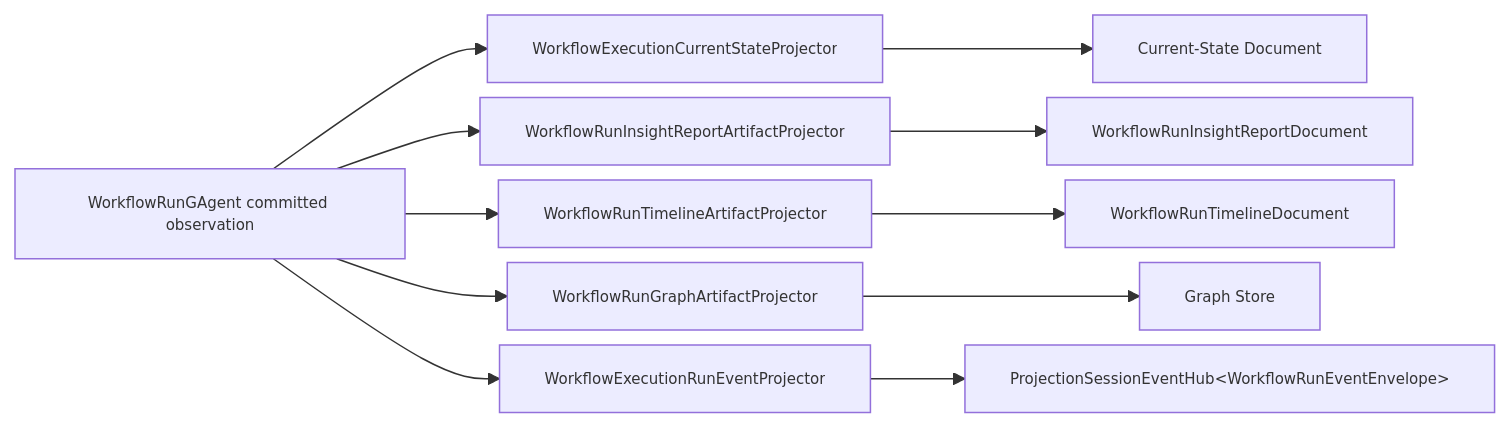
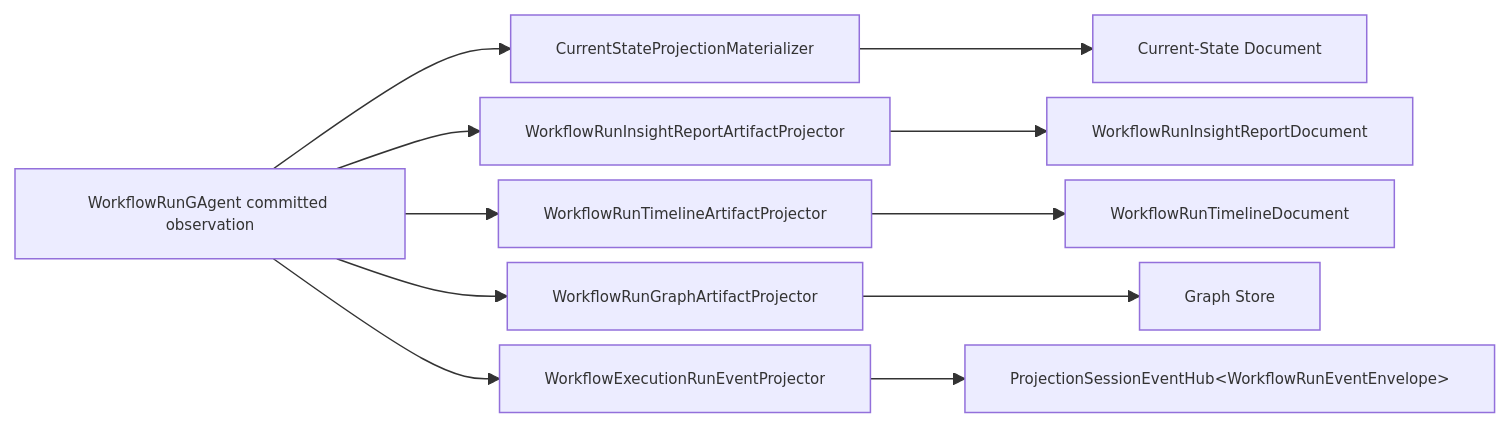
Before and after one commit to aevatarAI/aevatar: the diagram in src/workflow/Aevatar.Workflow.Projection/README.md, drawn with Mermaid. The commit also changed other lines of this file and 16 other files, not shown here.

Commit message:
Refactor current-state projection helper

````diff
--- a/src/workflow/Aevatar.Workflow.Projection/README.md
+++ b/src/workflow/Aevatar.Workflow.Projection/README.md
@@ -12,21 +12,21 @@
 ```mermaid
 %%{init: {"maxTextSize": 100000, "flowchart": {"useMaxWidth": false, "nodeSpacing": 10, "rankSpacing": 50}, "themeVariables": {"fontSize": "10px"}}}%%
 flowchart LR
   RUN["WorkflowRunGAgent committed observation"]
-  CUR["WorkflowExecutionCurrentStateProjector"]
+  CUR["CurrentStateProjectionMaterializer"]
   REP["WorkflowRunInsightReportArtifactProjector"]
   TL["WorkflowRunTimelineArtifactProjector"]
   GRA["WorkflowRunGraphArtifactProjector"]
   AGUI["WorkflowExecutionRunEventProjector"]
   CURDOC["Current-State Document"]
   REPDOC["WorkflowRunInsightReportDocument"]
   TLDOC["WorkflowRunTimelineDocument"]
   GRAPH["Graph Store"]
   HUB["ProjectionSessionEventHub&lt;WorkflowRunEventEnvelope&gt;"]
 
   RUN --> CUR --> CURDOC
   RUN --> REP --> REPDOC
   RUN --> TL --> TLDOC
   RUN --> GRA --> GRAPH
   RUN --> AGUI --> HUB
 ```
````
